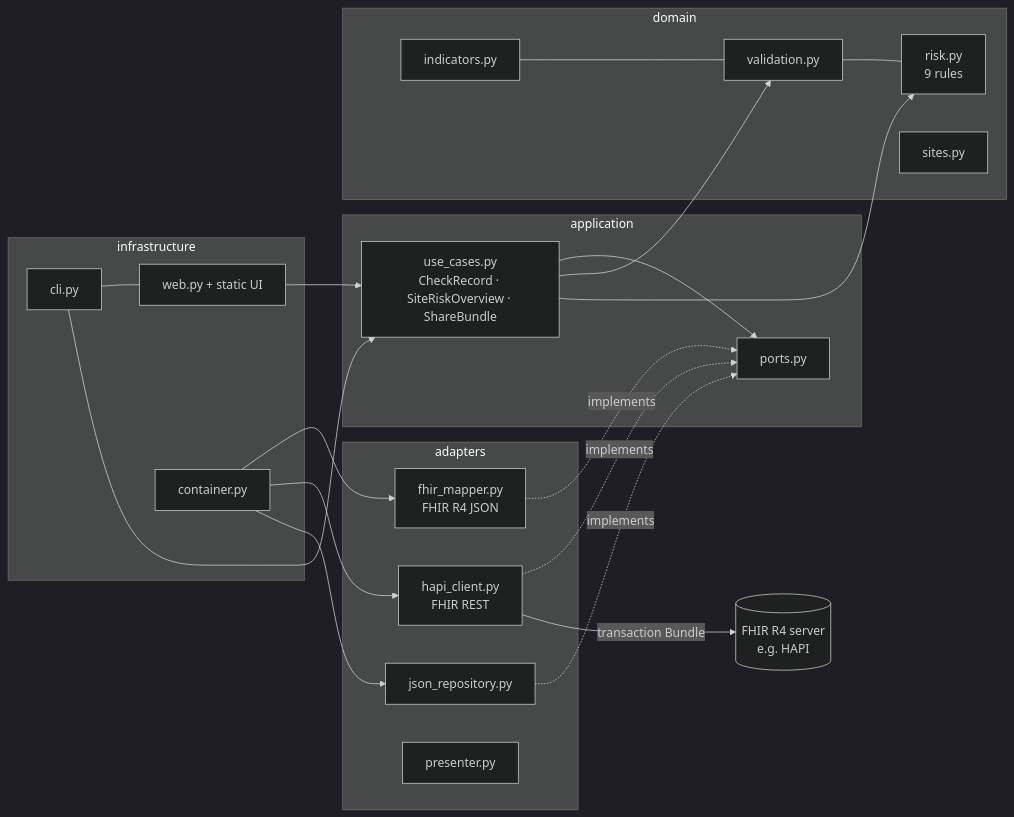
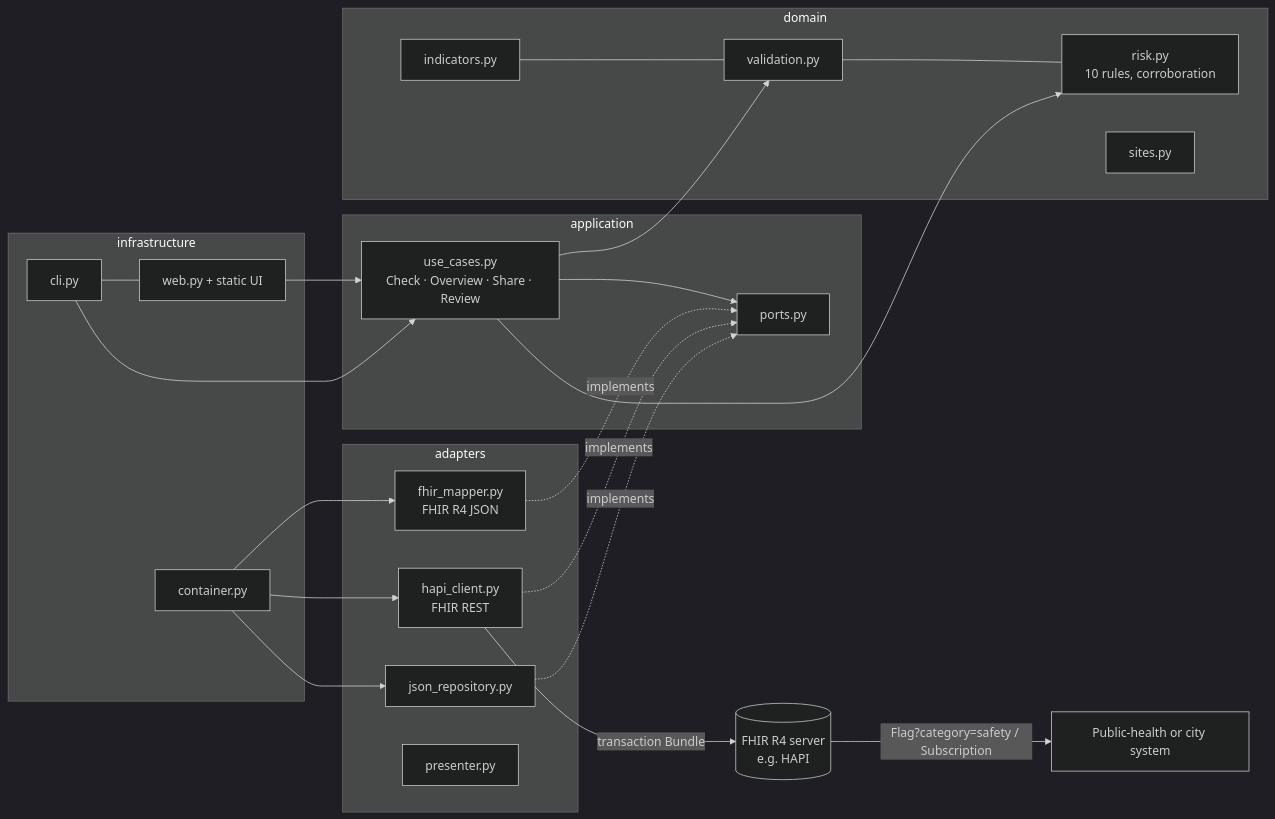
The diagram in README.md (Ryugi62/streamfhir), drawn with Mermaid (dark theme) before and after one commit. The commit also changed other lines of this file and 70 other files, not shown here.

Commit message:
v0.2 after mock judging: AC-17..AC-24 (corroborated-only Flags, review loop, hazard vs condition, idempotent FHIR writes, traceable expiring Flag, 2 profiles, CapabilityStatement, step form, map, static demo)

````diff
--- a/README.md
+++ b/README.md
@@ -65,31 +82,32 @@
 ```mermaid
 flowchart LR
   subgraph infrastructure
     CLI[cli.py] --- WEB[web.py + static UI]
     C[container.py]
   end
   subgraph adapters
     MAP[fhir_mapper.py<br/>FHIR R4 JSON]
     HAPI[hapi_client.py<br/>FHIR REST]
     REPO[json_repository.py]
     PRES[presenter.py]
   end
   subgraph application
-    UC[use_cases.py<br/>CheckRecord · SiteRiskOverview · ShareBundle]
+    UC[use_cases.py<br/>Check · Overview · Share · Review]
     P[ports.py]
   end
   subgraph domain
     IND[indicators.py] --- VAL[validation.py]
-    VAL --- RISK[risk.py<br/>9 rules]
+    VAL --- RISK[risk.py<br/>10 rules, corroboration]
     SITE[sites.py]
   end
   WEB --> UC
   CLI --> UC
   C --> MAP & HAPI & REPO
   UC --> P
   MAP -. implements .-> P
   HAPI -. implements .-> P
   REPO -. implements .-> P
   UC --> VAL & RISK
   HAPI -->|transaction Bundle| FHIR[(FHIR R4 server<br/>e.g. HAPI)]
+  FHIR -->|Flag?category=safety / Subscription| PH[Public-health or city system]
 ```
````
